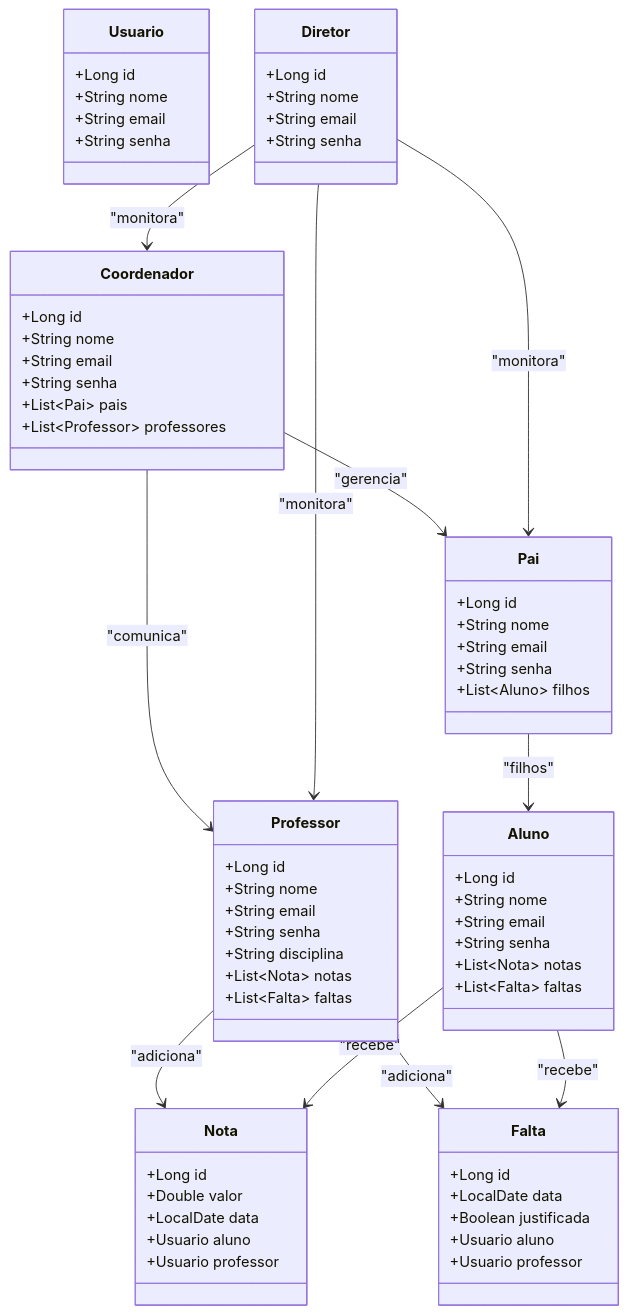
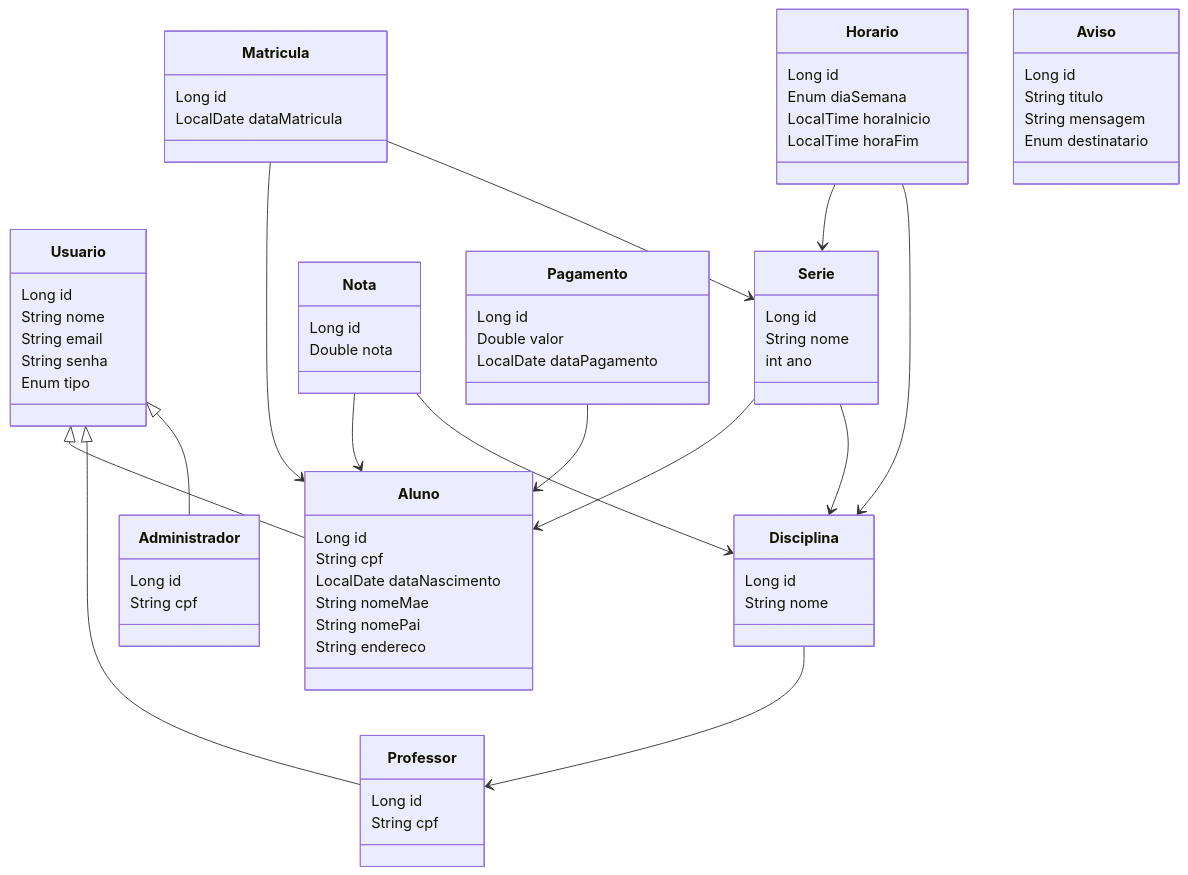
One commit to antonycabral/Escola changed the second of 2 diagrams in README.md. Above: the diagram before and after it, drawn with Mermaid. The commit also changed other lines of this file, not shown here.

````diff
--- a/README.md
+++ b/README.md
@@ -4,81 +34,77 @@
-``` mermaid
+```mermaid
 
 classDiagram
+    Usuario <|-- Aluno
+    Usuario <|-- Professor
+    Usuario <|-- Administrador
+    Serie --> Aluno
+    Serie --> Disciplina
+    Disciplina --> Professor
+    Matricula --> Aluno
+    Matricula --> Serie
+    Nota --> Aluno
+    Nota --> Disciplina
+    Horario --> Serie
+    Horario --> Disciplina
+    Pagamento --> Aluno
+
     class Usuario {
-        +Long id
-        +String nome
-        +String email
-        +String senha
+        Long id
+        String nome
+        String email
+        String senha
+        Enum tipo
+    }
+    class Aluno {
+        Long id
+        String cpf
+        LocalDate dataNascimento
+        String nomeMae
+        String nomePai
+        String endereco
+    }
+    class Professor {
+        Long id
+        String cpf
+    }
+    class Administrador {
+        Long id
+        String cpf
+    }
+    class Serie {
+        Long id
+        String nome
+        int ano
+    }
+    class Disciplina {
+        Long id
+        String nome
+    }
+    class Matricula {
+        Long id
+        LocalDate dataMatricula
+    }
+    class Nota {
+        Long id
+        Double nota
+    }
+    class Horario {
+        Long id
+        Enum diaSemana
+        LocalTime horaInicio
+        LocalTime horaFim
+    }
+    class Pagamento {
+        Long id
+        Double valor
+        LocalDate dataPagamento
+    }
+    class Aviso {
+        Long id
+        String titulo
+        String mensagem
+        Enum destinatario
     }
 
-    class Professor {
-        +Long id
-        +String nome
-        +String email
-        +String senha
-        +String disciplina
-        +List~Nota~ notas
-        +List~Falta~ faltas
-    }
-
-    class Aluno {
-        +Long id
-        +String nome
-        +String email
-        +String senha
-        +List~Nota~ notas
-        +List~Falta~ faltas
-    }
-
-    class Pai {
-        +Long id
-        +String nome
-        +String email
-        +String senha
-        +List~Aluno~ filhos
-    }
-
-    class Coordenador {
-        +Long id
-        +String nome
-        +String email
-        +String senha
-        +List~Pai~ pais
-        +List~Professor~ professores
-    }
-
-    class Diretor {
-        +Long id
-        +String nome
-        +String email
-        +String senha
-    }
-
-    class Nota {
-        +Long id
-        +Double valor
-        +LocalDate data
-        +Usuario aluno
-        +Usuario professor
-    }
-
-    class Falta {
-        +Long id
-        +LocalDate data
-        +Boolean justificada
-        +Usuario aluno
-        +Usuario professor
-    }
-
-    Pai --> Aluno : "filhos"
-    Professor --> Nota : "adiciona"
-    Aluno --> Nota : "recebe"
-    Professor --> Falta : "adiciona"
-    Aluno --> Falta : "recebe"
-    Coordenador --> Pai : "gerencia"
-    Coordenador --> Professor : "comunica"
-    Diretor --> Coordenador : "monitora"
-    Diretor --> Professor : "monitora"
-    Diretor --> Pai : "monitora"
 
 ```
````
